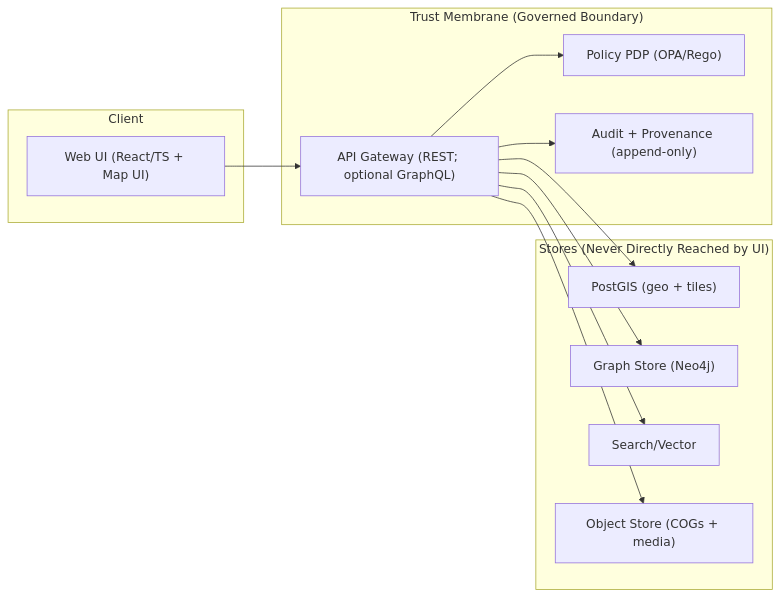
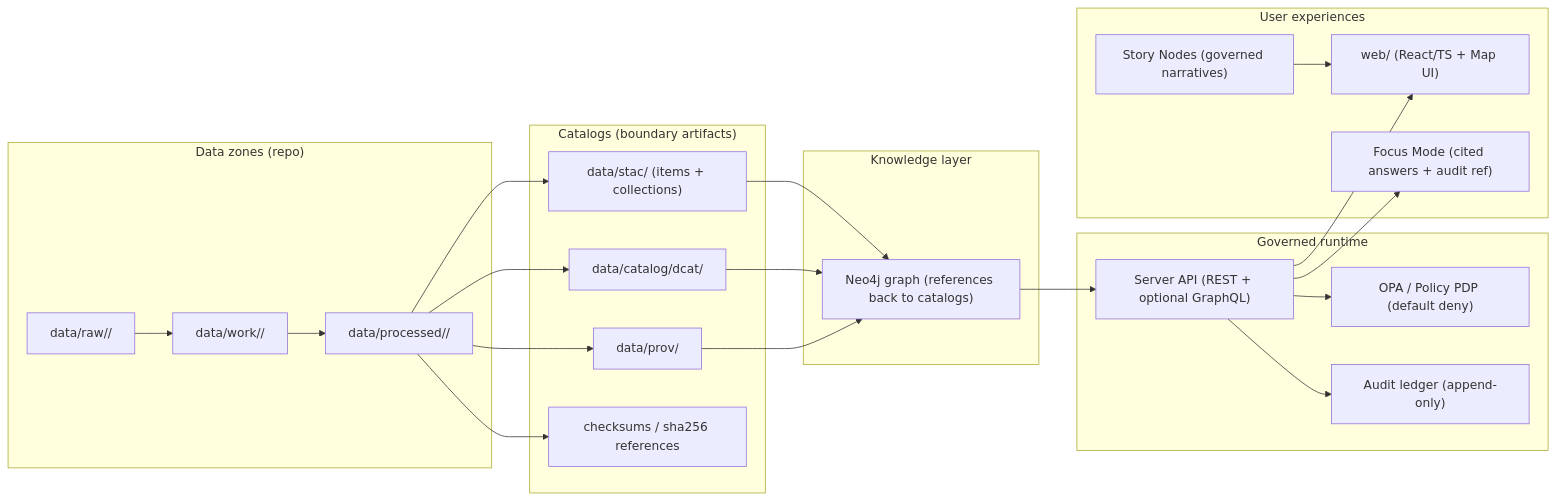
Before and after one commit to bartytime4life/Kansas-Frontier-Matrix: the diagram in src/README.md, drawn with Mermaid. The commit also changed other lines of this file, not shown here.

````diff
--- a/src/README.md
+++ b/src/README.md
@@ -85,27 +77,48 @@
 ```mermaid
 flowchart LR
-  subgraph Client["Client"]
-    UI["Web UI (React/TS + Map UI)"]
+  subgraph DataZones["Data zones (repo)"]
+    RAW["data/raw/<domain>/"]
+    WORK["data/work/<domain>/"]
+    PROC["data/processed/<domain>/"]
   end
 
-  subgraph Membrane["Trust Membrane (Governed Boundary)"]
-    API["API Gateway (REST; optional GraphQL)"]
-    PDP["Policy PDP (OPA/Rego)"]
-    AUDIT["Audit + Provenance (append-only)"]
+  subgraph Catalogs["Catalogs (boundary artifacts)"]
+    STAC["data/stac/ (items + collections)"]
+    DCAT["data/catalog/dcat/"]
+    PROV["data/prov/"]
+    HASH["checksums / sha256 references"]
   end
 
-  subgraph Stores["Stores (Never Directly Reached by UI)"]
-    PG["PostGIS (geo + tiles)"]
-    G["Graph Store (Neo4j)"]
-    S["Search/Vector"]
-    OBJ["Object Store (COGs + media)"]
+  subgraph Graph["Knowledge layer"]
+    NEO["Neo4j graph (references back to catalogs)"]
   end
 
-  UI --> API
-  API --> PDP
+  subgraph Runtime["Governed runtime"]
+    API["Server API (REST + optional GraphQL)"]
+    OPA["OPA / Policy PDP (default deny)"]
+    AUDIT["Audit ledger (append-only)"]
+  end
+
+  subgraph UX["User experiences"]
+    UI["web/ (React/TS + Map UI)"]
+    STORY["Story Nodes (governed narratives)"]
+    FOCUS["Focus Mode (cited answers + audit ref)"]
+  end
+
+  RAW --> WORK --> PROC
+  PROC --> STAC
+  PROC --> DCAT
+  PROC --> PROV
+  PROC --> HASH
+
+  STAC --> NEO
+  DCAT --> NEO
+  PROV --> NEO
+
+  NEO --> API
+  API --> OPA
   API --> AUDIT
-  API --> PG
-  API --> G
-  API --> S
-  API --> OBJ
+  API --> UI
+  STORY --> UI
+  API --> FOCUS
 ```
````
